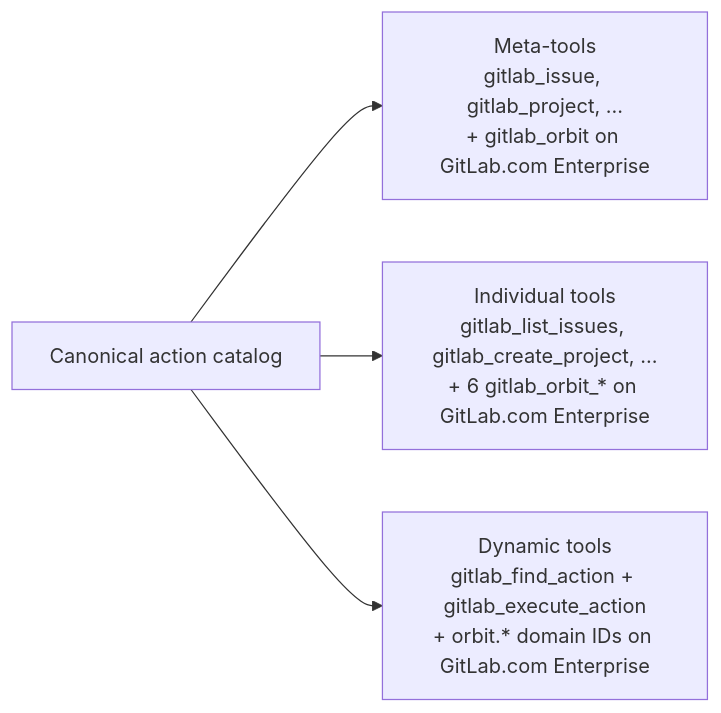
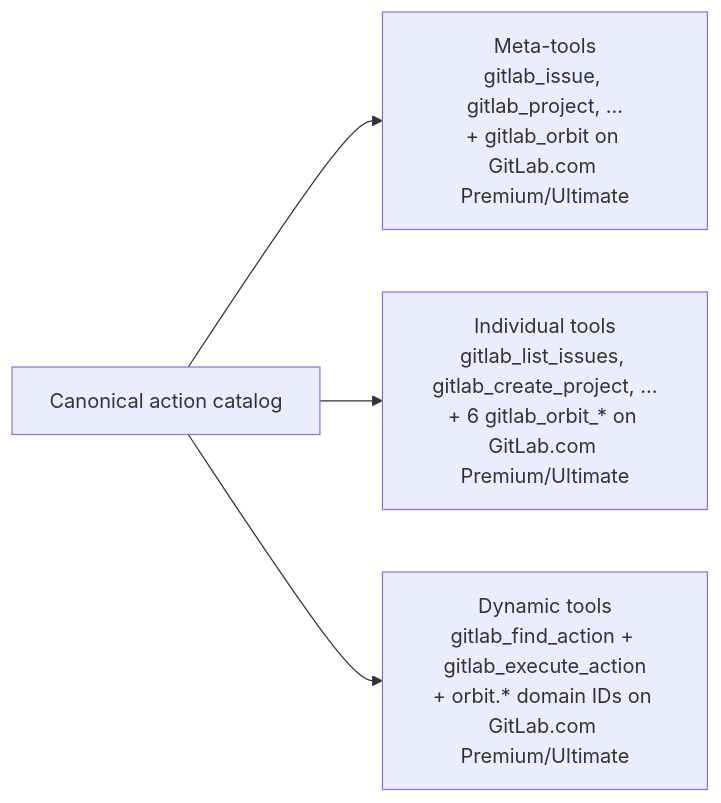
One commit to jmrplens/gitlab-mcp-server changed the fourth of 12 diagrams in docs/architecture.md. Above: the diagram before and after it, drawn with Mermaid. The commit also changed other lines of this file and 7 other files, not shown here.

````diff
--- a/docs/architecture.md
+++ b/docs/architecture.md
@@ -276,6 +276,6 @@
 ```mermaid
 graph LR
-    catalog[Canonical action catalog] --> meta["Meta-tools<br/>gitlab_issue, gitlab_project, ...<br/>+ gitlab_orbit on GitLab.com Enterprise"]
-    catalog --> individual["Individual tools<br/>gitlab_list_issues, gitlab_create_project, ...<br/>+ 6 gitlab_orbit_* on GitLab.com Enterprise"]
-    catalog --> dynamic["Dynamic tools<br/>gitlab_find_action + gitlab_execute_action<br/>+ orbit.* domain IDs on GitLab.com Enterprise"]
+    catalog[Canonical action catalog] --> meta["Meta-tools<br/>gitlab_issue, gitlab_project, ...<br/>+ gitlab_orbit on GitLab.com Premium/Ultimate"]
+    catalog --> individual["Individual tools<br/>gitlab_list_issues, gitlab_create_project, ...<br/>+ 6 gitlab_orbit_* on GitLab.com Premium/Ultimate"]
+    catalog --> dynamic["Dynamic tools<br/>gitlab_find_action + gitlab_execute_action<br/>+ orbit.* domain IDs on GitLab.com Premium/Ultimate"]
 ```
````
